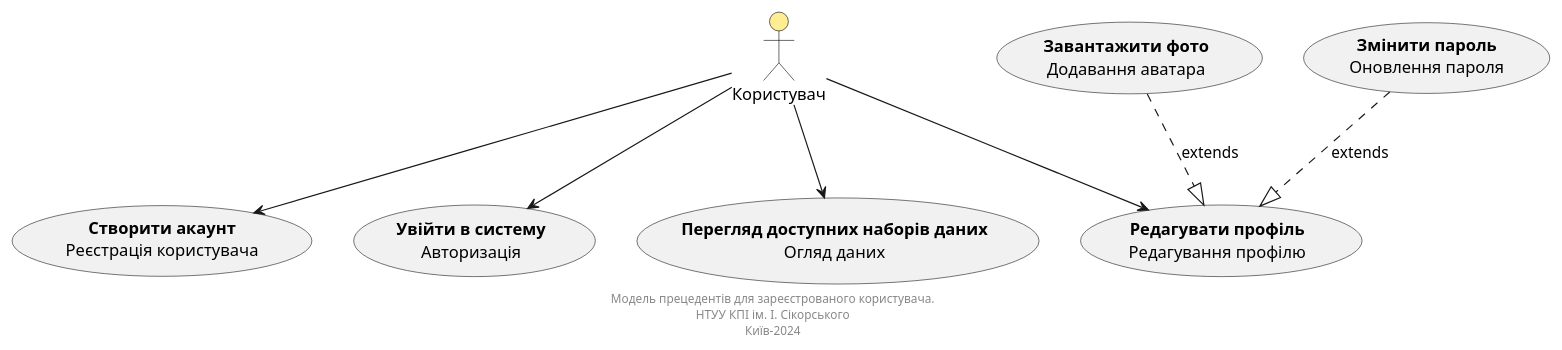
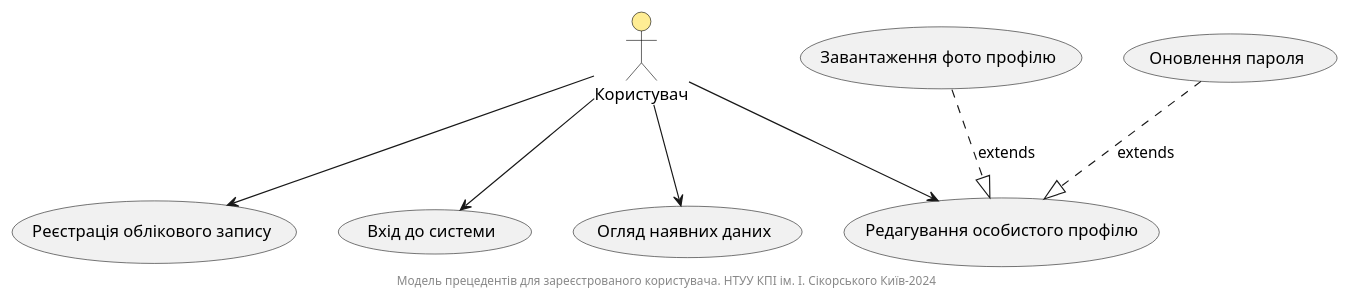
One commit to tyntyntynnnn/edu_db_labs changed the first of 13 diagrams in docs/use cases/README.md. Above: the diagram before and after it, drawn with PlantUML. The commit also changed other lines of this file, not shown here.

Commit message:
diagrams

```diff
--- a/docs/use cases/README.md
+++ b/docs/use cases/README.md
@@ -75,36 +69,35 @@
 @startuml
 
+' Налаштування стилів акторів
 skinparam actor {
     BackgroundColor #ffed94
     BorderColor black
     FontColor black
 }
 
-actor "Користувач" as RegisteredUser
+actor "Користувач" as GeneralUser
 
-usecase "<b>Створити акаунт</b>\nРеєстрація користувача" as UC_1.1
-usecase "<b>Увійти в систему</b>\nАвторизація" as UC_1.2  
-usecase "<b>Редагувати профіль</b>\nРедагування профілю" as UC_1.3
-usecase "<b>Перегляд доступних наборів даних</b>\nОгляд даних" as UC_1.4
+usecase "Реєстрація облікового запису" as UC_1.1 
+usecase "Вхід до системи" as UC_1.2
+usecase "Редагування особистого профілю" as UC_1.3
+usecase "Огляд наявних даних" as UC_1.4
 
-' Дочірні варіанти використання для "Редагувати профіль"
-usecase "<b>Завантажити фото</b>\nДодавання аватара" as UC_1.3.1
-usecase "<b>Змінити пароль</b>\nОновлення пароля" as UC_1.3.2
+' Дочірні прецеденти для "Редагування особистого профілю"
+usecase "Завантаження фото профілю" as UC_1.3.1
+usecase "Оновлення пароля" as UC_1.3.2
 
-' Зв'язки між "Користувач" і основними прецедентами
-RegisteredUser --> UC_1.1
-RegisteredUser --> UC_1.2
-RegisteredUser --> UC_1.3
-RegisteredUser --> UC_1.4
+' Взаємозв’язки між "Користувачем" та основними функціями
+GeneralUser --> UC_1.1
+GeneralUser --> UC_1.2
+GeneralUser --> UC_1.3
+GeneralUser --> UC_1.4
 
-' Зв'язки "extends" для підпроцесів у прецеденті "Редагувати профіль"
+' Розширення для процесу "Редагування особистого профілю"
 UC_1.3.1 ..|> UC_1.3 : extends
 UC_1.3.2 ..|> UC_1.3 : extends
 
 footer
-    Модель прецедентів для зареєстрованого користувача.
-    НТУУ КПІ ім. І. Сікорського
-    Київ-2024
+ Модель прецедентів для зареєстрованого користувача. НТУУ КПІ ім. І. Сікорського Київ-2024
 endfooter
 
 @enduml
```
